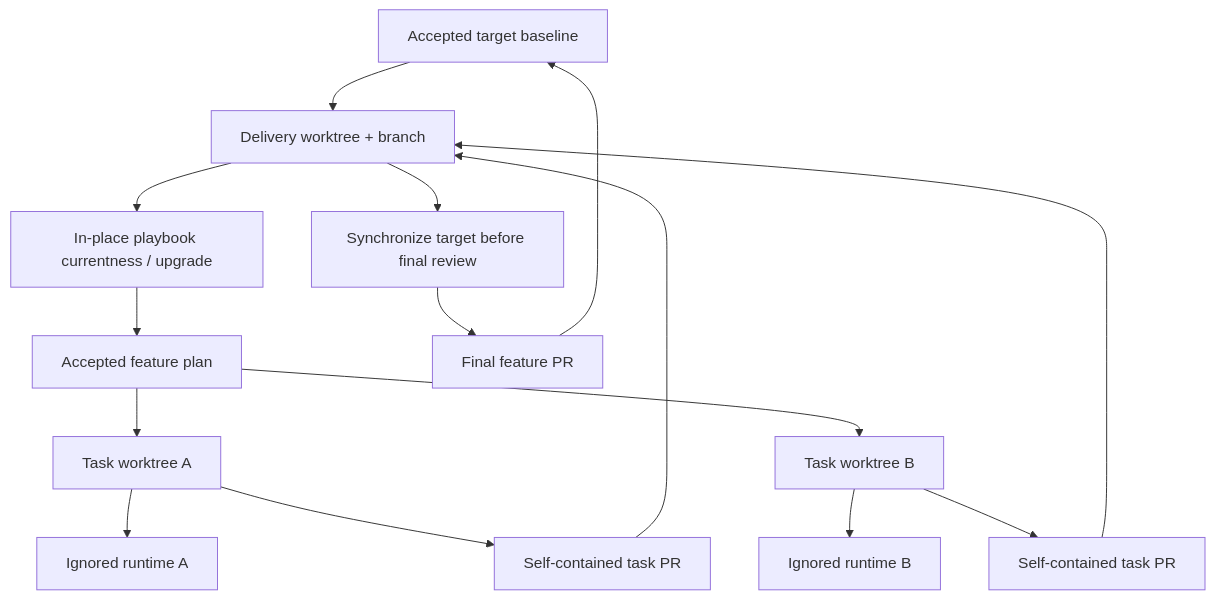
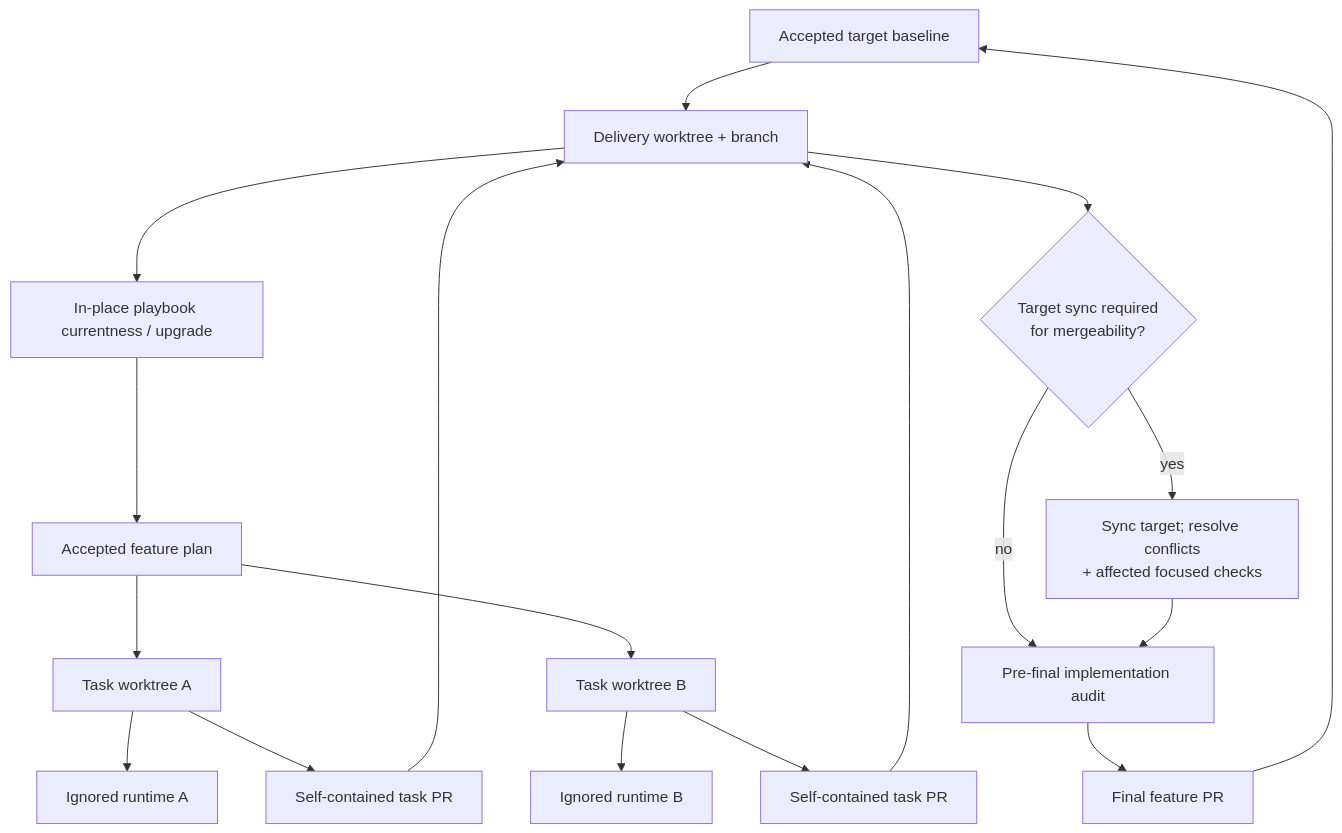
Diagram 14 of 14 in README.md (hhhhhusky777/spec-driven-delivery-playbook), drawn with Mermaid before and after one commit. The commit also changed other lines of this file and 1 other file, not shown here.

Commit message:
docs: make final target sync conditional

````diff
--- a/README.md
+++ b/README.md
@@ -682,17 +682,20 @@
 ```mermaid
 flowchart TD
     M["Accepted target baseline"] --> B["Delivery worktree + branch"]
     B --> U["In-place playbook currentness / upgrade"]
     U --> F["Accepted feature plan"]
     F --> T1["Task worktree A"]
     F --> T2["Task worktree B"]
     T1 --> R1["Ignored runtime A"]
     T2 --> R2["Ignored runtime B"]
     T1 --> P1["Self-contained task PR"]
     T2 --> P2["Self-contained task PR"]
     P1 --> B
     P2 --> B
-    B --> S["Synchronize target before final review"]
-    S --> FP["Final feature PR"]
+    B --> S{"Target sync required<br/>for mergeability?"}
+    S -->|"no"| A["Pre-final implementation audit"]
+    S -->|"yes"| C["Sync target; resolve conflicts<br/>+ affected focused checks"]
+    C --> A
+    A --> FP["Final feature PR"]
     FP --> M
 ```
````
